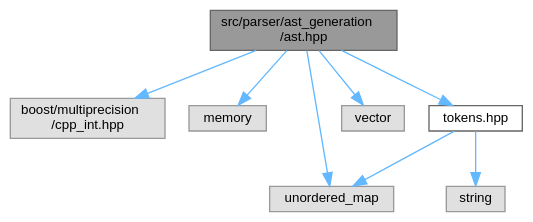
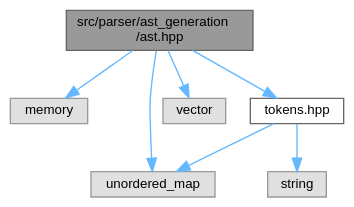
One commit to kejunp/kejunp.github.io changed the diagram in pebbl/docs/ast_8hpp__incl.dot. Above: the diagram before and after it, drawn with Graphviz. The commit also changed 238 other files, not shown here.

```diff
--- a/pebbl/docs/ast_8hpp__incl.dot
+++ b/pebbl/docs/ast_8hpp__incl.dot
@@ -1,21 +1,19 @@
 digraph "src/parser/ast_generation/ast.hpp"
 {
  // LATEX_PDF_SIZE
   bgcolor="transparent";
   edge [fontname=Helvetica,fontsize=10,labelfontname=Helvetica,labelfontsize=10];
   node [fontname=Helvetica,fontsize=10,shape=box,height=0.2,width=0.4];
   Node1 [id="Node000001",label="src/parser/ast_generation\l/ast.hpp",height=0.2,width=0.4,color="gray40", fillcolor="grey60", style="filled", fontcolor="black",tooltip="Abstract Syntax Tree node definitions for the PEBBL language."];
   Node1 -> Node2 [id="edge1_Node000001_Node000002",color="steelblue1",style="solid",tooltip=" "];
-  Node2 [id="Node000002",label="boost/multiprecision\l/cpp_int.hpp",height=0.2,width=0.4,color="grey60", fillcolor="#E0E0E0", style="filled",tooltip=" "];
+  Node2 [id="Node000002",label="memory",height=0.2,width=0.4,color="grey60", fillcolor="#E0E0E0", style="filled",tooltip=" "];
   Node1 -> Node3 [id="edge2_Node000001_Node000003",color="steelblue1",style="solid",tooltip=" "];
-  Node3 [id="Node000003",label="memory",height=0.2,width=0.4,color="grey60", fillcolor="#E0E0E0", style="filled",tooltip=" "];
+  Node3 [id="Node000003",label="unordered_map",height=0.2,width=0.4,color="grey60", fillcolor="#E0E0E0", style="filled",tooltip=" "];
   Node1 -> Node4 [id="edge3_Node000001_Node000004",color="steelblue1",style="solid",tooltip=" "];
-  Node4 [id="Node000004",label="unordered_map",height=0.2,width=0.4,color="grey60", fillcolor="#E0E0E0", style="filled",tooltip=" "];
+  Node4 [id="Node000004",label="vector",height=0.2,width=0.4,color="grey60", fillcolor="#E0E0E0", style="filled",tooltip=" "];
   Node1 -> Node5 [id="edge4_Node000001_Node000005",color="steelblue1",style="solid",tooltip=" "];
-  Node5 [id="Node000005",label="vector",height=0.2,width=0.4,color="grey60", fillcolor="#E0E0E0", style="filled",tooltip=" "];
-  Node1 -> Node6 [id="edge5_Node000001_Node000006",color="steelblue1",style="solid",tooltip=" "];
-  Node6 [id="Node000006",label="tokens.hpp",height=0.2,width=0.4,color="grey40", fillcolor="white", style="filled",URL="$tokens_8hpp.html",tooltip="Token definitions and utilities for the PEBBL lexer."];
-  Node6 -> Node7 [id="edge6_Node000006_Node000007",color="steelblue1",style="solid",tooltip=" "];
-  Node7 [id="Node000007",label="string",height=0.2,width=0.4,color="grey60", fillcolor="#E0E0E0", style="filled",tooltip=" "];
-  Node6 -> Node4 [id="edge7_Node000006_Node000004",color="steelblue1",style="solid",tooltip=" "];
+  Node5 [id="Node000005",label="tokens.hpp",height=0.2,width=0.4,color="grey40", fillcolor="white", style="filled",URL="$tokens_8hpp.html",tooltip="Token definitions and utilities for the PEBBL lexer."];
+  Node5 -> Node6 [id="edge5_Node000005_Node000006",color="steelblue1",style="solid",tooltip=" "];
+  Node6 [id="Node000006",label="string",height=0.2,width=0.4,color="grey60", fillcolor="#E0E0E0", style="filled",tooltip=" "];
+  Node5 -> Node3 [id="edge6_Node000005_Node000003",color="steelblue1",style="solid",tooltip=" "];
 }
```
